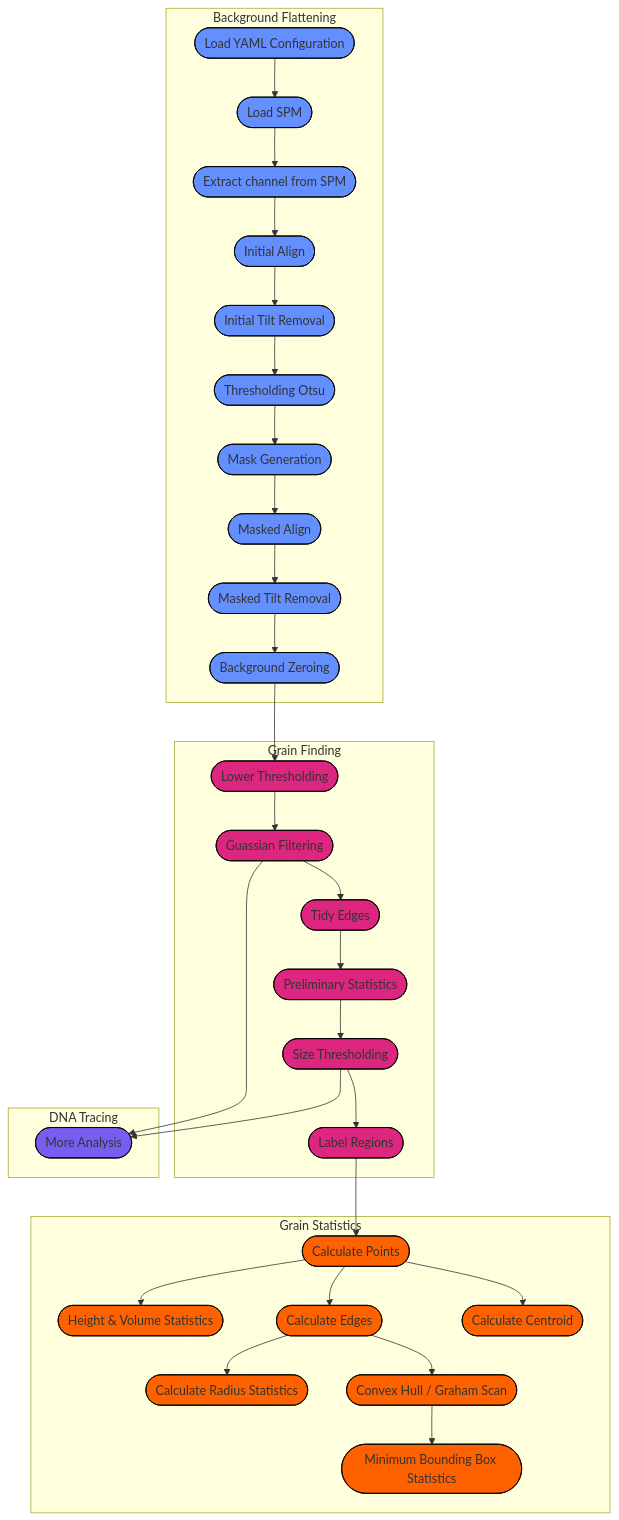
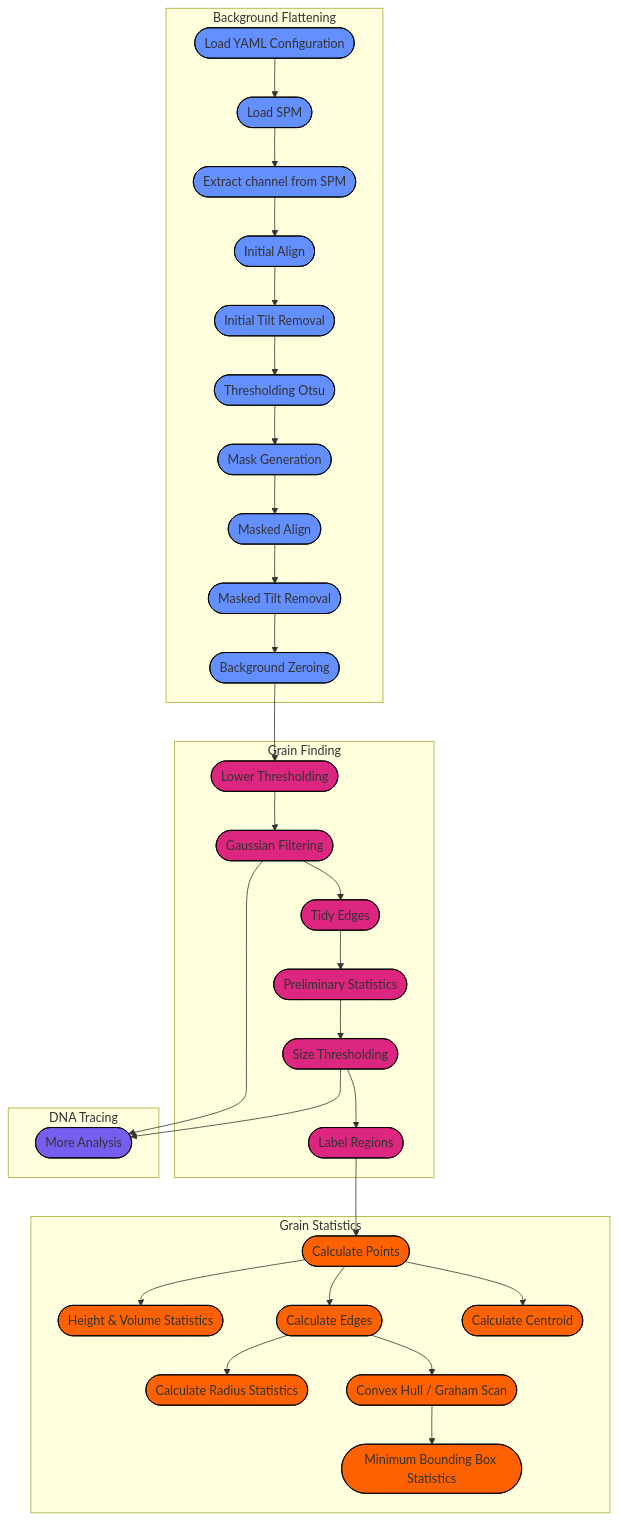
The first of 2 diagrams in docs/workflow.md (AFM-SPM/TopoStats), drawn with Mermaid before and after one commit. The commit also changed 23 other files, not shown here.

````diff
--- a/docs/workflow.md
+++ b/docs/workflow.md
@@ -11,63 +11,63 @@
 ```{mermaid}
 %%{init: {'theme': 'base',
          }
 }%%
 graph TD;
 
   subgraph Background Flattening
   A1([Load YAML Configuration]) --> A2([Load SPM])
   A2 --> A3([Extract channel from SPM])
   A3 --> A4([Initial Align])
   A4 --> A5([Initial Tilt Removal])
   A5 --> A6([Thresholding Otsu])
   A6 --> A7([Mask Generation])
   A7 --> A8([Masked Align])
   A8 --> A9([Masked Tilt Removal])
   A9 --> A10([Background Zeroing])
   end
   subgraph Grain Finding
   A10 --> B1([Lower Thresholding])
-  B1 --> B2([Guassian Filtering])
+  B1 --> B2([Gaussian Filtering])
   B2 --> B3([Tidy Edges])
   B3 --> B4([Preliminary Statistics])
   B4 --> B5([Size Thresholding])
   B5 --> B6([Label Regions])
   end
   subgraph Grain Statistics
   B6 --> C2([Calculate Points])
   C2 --> C8([Height & Volume Statistics])
   C2 --> C3([Calculate Edges])
   C2 --> C4([Calculate Centroid])
   C3 --> C5([Calculate Radius Statistics])
   C3 --> C6([Convex Hull / Graham Scan])
   C6 --> C7([Minimum Bounding Box Statistics])
   end
   subgraph DNA Tracing
   B2 --> D1([More Analysis])
   B5 --> D1
   end
   style A1 fill:#648FFF,stroke:#000000
   style A2 fill:#648FFF,stroke:#000000
   style A3 fill:#648FFF,stroke:#000000
   style A4 fill:#648FFF,stroke:#000000
   style A5 fill:#648FFF,stroke:#000000
   style A6 fill:#648FFF,stroke:#000000
   style A7 fill:#648FFF,stroke:#000000
   style A8 fill:#648FFF,stroke:#000000
   style A9 fill:#648FFF,stroke:#000000
   style A10 fill:#648FFF,stroke:#000000
   style B1 fill:#DC267F,stroke:#000000
   style B2 fill:#DC267F,stroke:#000000
   style B3 fill:#DC267F,stroke:#000000
   style B4 fill:#DC267F,stroke:#000000
   style B5 fill:#DC267F,stroke:#000000
   style B6 fill:#DC267F,stroke:#000000
   style C2 fill:#FE6100,stroke:#000000
   style C3 fill:#FE6100,stroke:#000000
   style C4 fill:#FE6100,stroke:#000000
   style C5 fill:#FE6100,stroke:#000000
   style C6 fill:#FE6100,stroke:#000000
   style C7 fill:#FE6100,stroke:#000000
   style C8 fill:#FE6100,stroke:#000000
   style D1 fill:#785EF0,stroke:#000000
 ```
````
